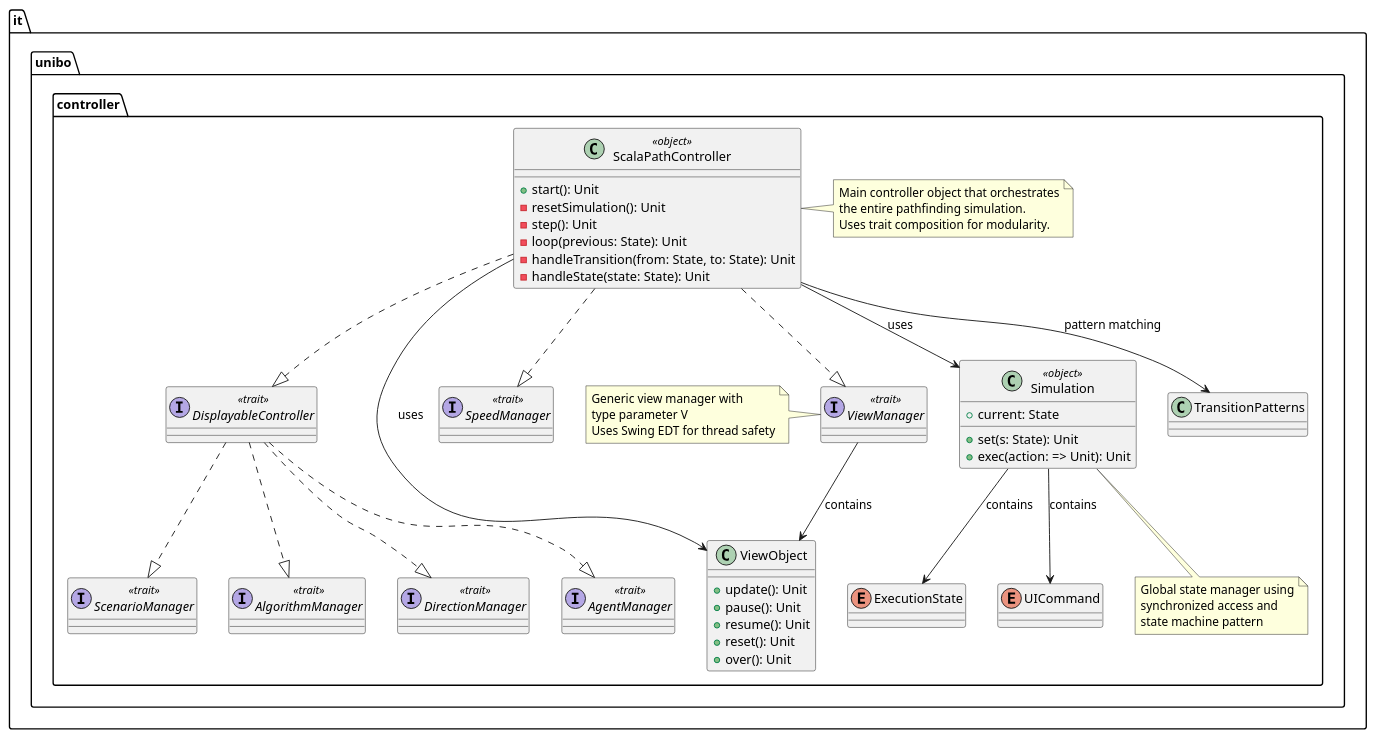
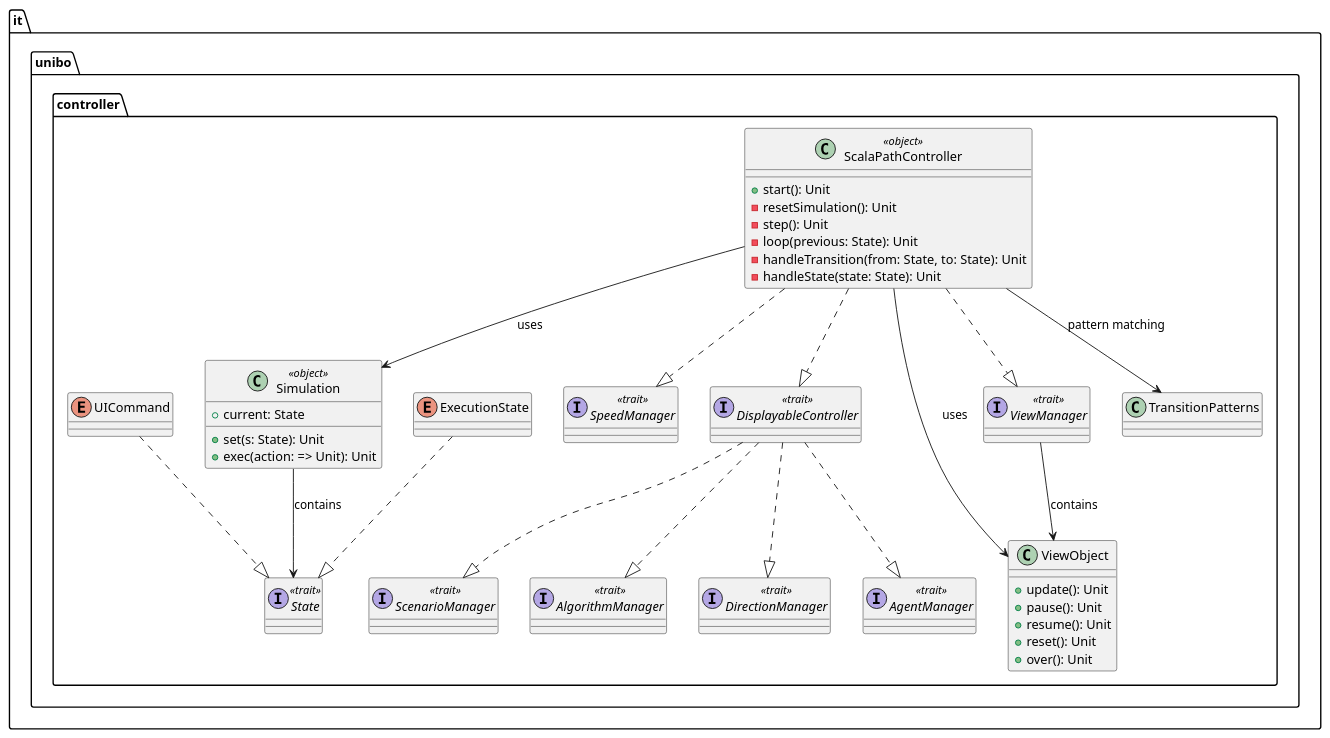
The diagram in controller.puml (g-mainardi/PPS-24-scala-path), drawn with PlantUML before and after one commit. The commit also changed 1 other file, not shown here.

Commit message:
docs: renaming traits and removing notes

```diff
--- a/controller.puml
+++ b/controller.puml
@@ -1,102 +1,87 @@
 @startuml ScalaPathController_Architecture
 package "it.unibo.controller" {
 
     ' Main Controller Object
     class ScalaPathController <<object>> {
         +start(): Unit
         -resetSimulation(): Unit
         -step(): Unit
         -loop(previous: State): Unit
         -handleTransition(from: State, to: State): Unit
         -handleState(state: State): Unit
     }
 
     ' Core Traits
     interface DisplayableController <<trait>> {
     }
 
     interface SpeedManager <<trait>> {
     }
 
     interface AgentManager <<trait>> {
     }
 
     interface ViewManager <<trait>> {
     }
 
     ' Nested Traits in DisplayableController
     interface ScenarioManager <<trait>> {
     }
 
     interface AlgorithmManager <<trait>> {
     }
 
     interface DirectionManager <<trait>> {
     }
 
     ' Simulation Object
     class Simulation <<object>> {
         +current: State
         +set(s: State): Unit
         +exec(action: => Unit): Unit
     }
 
     ' Simulation States and Commands
+    interface State <<trait>> {
+    }
+
     enum ExecutionState {
     }
 
     enum UICommand {
     }
 
     ' View Manager Inner Object
     class ViewObject {
         +update(): Unit
         +pause(): Unit
         +resume(): Unit
         +reset(): Unit
         +over(): Unit
     }
 
     ' Pattern Matching Objects
     class TransitionPatterns {
     }
 
     ' Relationships
     ScalaPathController ..|> DisplayableController
     ScalaPathController ..|> SpeedManager
     ScalaPathController ..|> ViewManager
 
     DisplayableController ..|> ScenarioManager
     DisplayableController ..|> AlgorithmManager
     DisplayableController ..|> DirectionManager
     DisplayableController ..|> AgentManager
 
     ScalaPathController --> Simulation : uses
-    Simulation --> ExecutionState : contains
-    Simulation --> UICommand : contains
+    ExecutionState ..|> State
+    UICommand ..|> State
+    Simulation --> State : contains
 
     ViewManager --> ViewObject : contains
     ScalaPathController --> ViewObject : uses
     ScalaPathController --> TransitionPatterns : pattern matching
-
-    ' Notes
-    note right of ScalaPathController
-        Main controller object that orchestrates
-        the entire pathfinding simulation.
-        Uses trait composition for modularity.
-    end note
-
-    note bottom of Simulation
-        Global state manager using
-        synchronized access and
-        state machine pattern
-    end note
-
-    note left of ViewManager
-        Generic view manager with
-        type parameter V
-        Uses Swing EDT for thread safety
-    end note
 }
 
 @enduml
```
